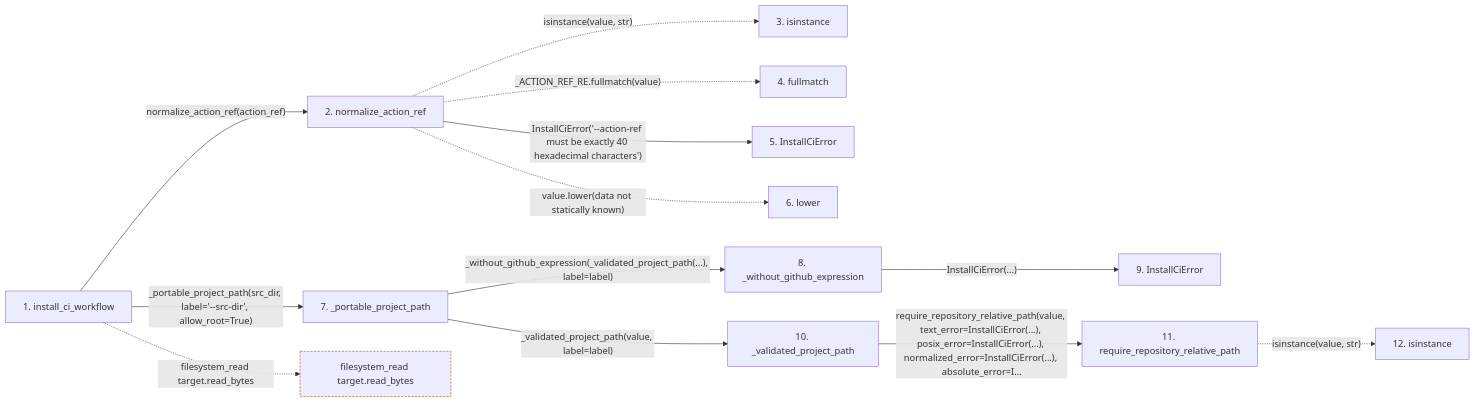
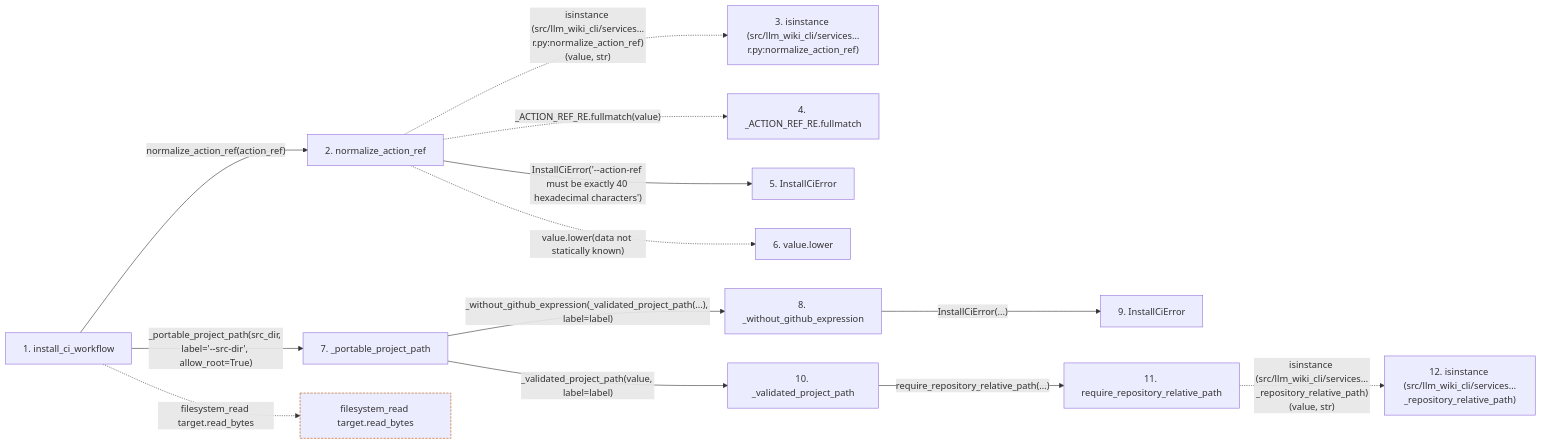
Before and after one commit to Denissvgn/python-wiki-llm: the second of 2 diagrams in docs/llm_wiki/flows/api-install_ci_workflow.md, drawn with Mermaid. The commit also changed other lines of this file and 719 other files, not shown here.

````diff
--- a/docs/llm_wiki/flows/api-install_ci_workflow.md
+++ b/docs/llm_wiki/flows/api-install_ci_workflow.md
@@ -83,38 +89,38 @@
 ```mermaid
 flowchart LR
     s1["1. install_ci_workflow"]
     s2["2. normalize_action_ref"]
-    s3["3. isinstance"]
-    s4["4. fullmatch"]
+    s3["3. isinstance (src/llm_wiki_cli/services…r.py:normalize_action_ref)"]
+    s4["4. _ACTION_REF_RE.fullmatch"]
     s5["5. InstallCiError"]
-    s6["6. lower"]
+    s6["6. value.lower"]
     s7["7. _portable_project_path"]
     s8["8. _without_github_expression"]
     s9["9. InstallCiError"]
     s10["10. _validated_project_path"]
     s11["11. require_repository_relative_path"]
-    s12["12. isinstance"]
+    s12["12. isinstance (src/llm_wiki_cli/services…_repository_relative_path)"]
     s1 -->|"normalize_action_ref(action_ref)"| s2
-    s2 -. "isinstance(value, str)" .-> s3
+    s2 -. "isinstance (src/llm_wiki_cli/services…r.py:normalize_action_ref)(value, str)" .-> s3
     s2 -. "_ACTION_REF_RE.fullmatch(value)" .-> s4
     s2 -->|"InstallCiError('--action-ref must be exactly 40 hexadecimal characters')"| s5
     s2 -. "value.lower(data not statically known)" .-> s6
     s1 -->|"_portable_project_path(src_dir, label='--src-dir', allow_root=True)"| s7
     s7 -->|"_without_github_expression(_validated_project_path(...), label=label)"| s8
     s8 -->|"InstallCiError(...)"| s9
     s7 -->|"_validated_project_path(value, label=label)"| s10
-    s10 -->|"require_repository_relative_path(value, text_error=InstallCiError(...), posix_error=InstallCiError(...), normalized_error=InstallCiError(...), absolute_error=I…"| s11
-    s11 -. "isinstance(value, str)" .-> s12
+    s10 -->|"require_repository_relative_path(…)"| s11
+    s11 -. "isinstance (src/llm_wiki_cli/services…_repository_relative_path)(value, str)" .-> s12
     b0["filesystem_read target.read_bytes"]
     s1 -. "filesystem_read target.read_bytes" .-> b0
     click s1 "../modules/ci_installer.md"
     click s2 "../modules/ci_installer.md"
     click s5 "../modules/ci_installer.md"
     click s7 "../modules/ci_installer.md"
     click s8 "../modules/ci_installer.md"
     click s9 "../modules/ci_installer.md"
     click s10 "../modules/ci_installer.md"
     click s11 "../modules/validation.md"
     classDef boundary stroke:#b45309,stroke-dasharray: 4 2
     class b0 boundary
 ```
````
